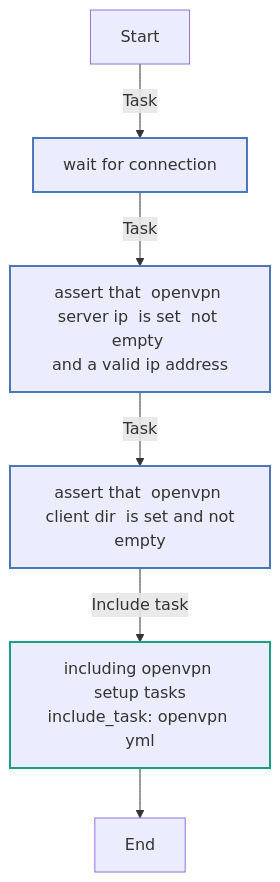
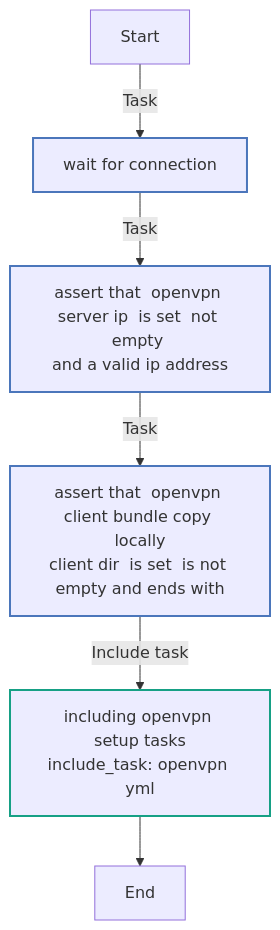
Before and after one commit to lesposito87/ansible-role-openvpn: the second of 3 diagrams in README.md, drawn with Mermaid. The commit also changed other lines of this file and 5 other files, not shown here.

Commit message:
Replace 'openvpn_client_dir' var with 'openvpn_client_bundle_copy_locally.local_dir'

````diff
--- a/README.md
+++ b/README.md
@@ -144,18 +144,18 @@
 ```mermaid
 flowchart TD
 Start
 classDef block stroke:#3498db,stroke-width:2px;
 classDef task stroke:#4b76bb,stroke-width:2px;
 classDef includeTasks stroke:#16a085,stroke-width:2px;
 classDef importTasks stroke:#34495e,stroke-width:2px;
 classDef includeRole stroke:#2980b9,stroke-width:2px;
 classDef importRole stroke:#699ba7,stroke-width:2px;
 classDef includeVars stroke:#8e44ad,stroke-width:2px;
 classDef rescue stroke:#665352,stroke-width:2px;
 
   Start-->|Task| Wait_for_connection___0[wait for connection   ]:::task
   Wait_for_connection___0-->|Task| Assert_that__openvpn_server_ip__is_set__not_empty__and_a_valid_IP_address1[assert that  openvpn server ip  is set  not empty <br>and a valid ip address]:::task
-  Assert_that__openvpn_server_ip__is_set__not_empty__and_a_valid_IP_address1-->|Task| Assert_that__openvpn_client_dir__is_set_and_not_empty2[assert that  openvpn client dir  is set and not<br>empty]:::task
-  Assert_that__openvpn_client_dir__is_set_and_not_empty2-->|Include task| openvpn_yml3[including openvpn setup tasks<br>include_task: openvpn yml]:::includeTasks
+  Assert_that__openvpn_server_ip__is_set__not_empty__and_a_valid_IP_address1-->|Task| Assert_that__openvpn_client_bundle_copy_locally_client_dir__is_set__is_not_empty_and_ends_with____2[assert that  openvpn client bundle copy locally<br>client dir  is set  is not empty and ends with    ]:::task
+  Assert_that__openvpn_client_bundle_copy_locally_client_dir__is_set__is_not_empty_and_ends_with____2-->|Include task| openvpn_yml3[including openvpn setup tasks<br>include_task: openvpn yml]:::includeTasks
   openvpn_yml3-->End
 ```
````
